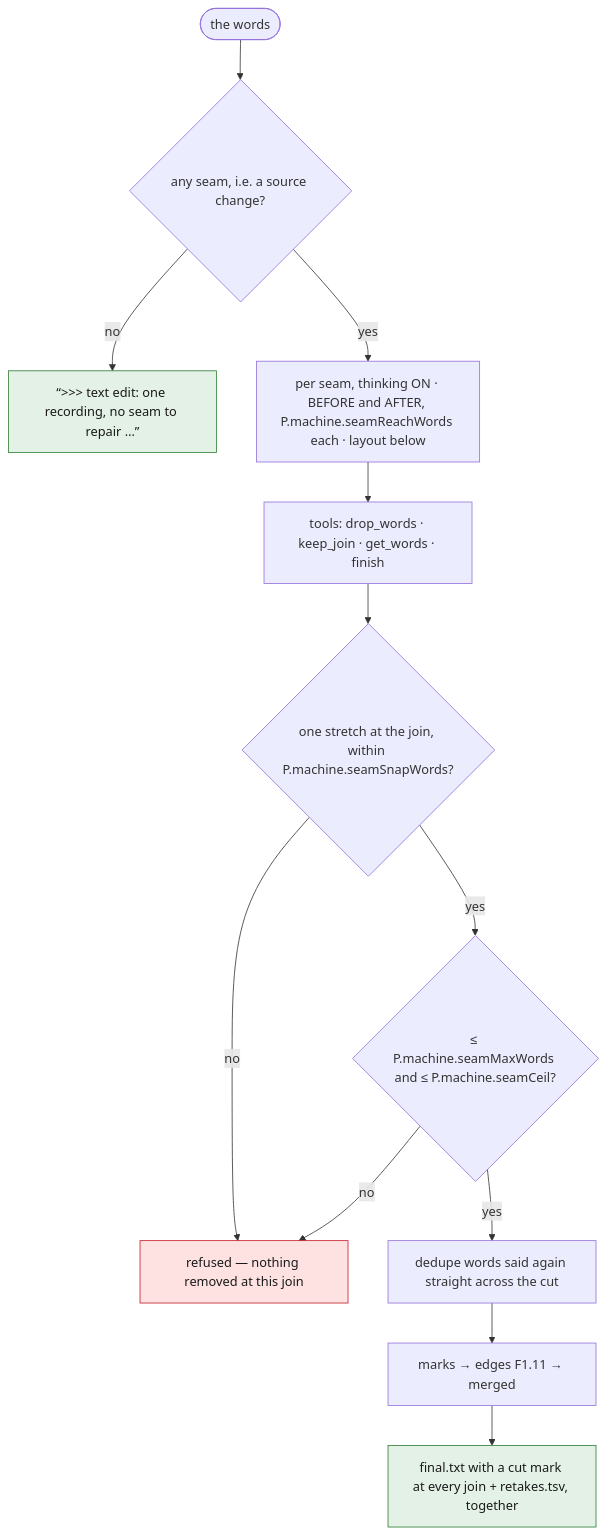
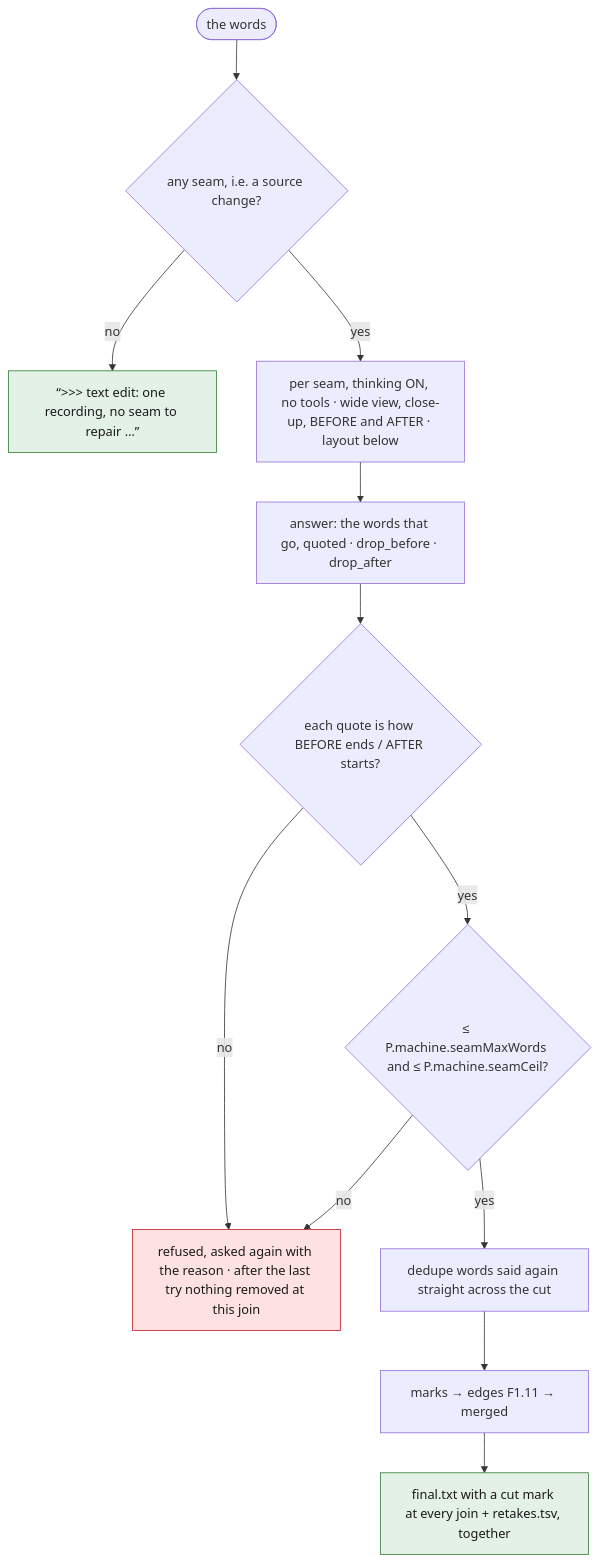
One commit to tbocek/naivepost changed the tenth of 12 diagrams in spec/04-prepare.md. Above: the diagram before and after it, drawn with Mermaid. The commit also changed other lines of this file and 537 other files, not shown here.

````diff
--- a/spec/04-prepare.md
+++ b/spec/04-prepare.md
@@ -290,17 +292,17 @@
 ```mermaid
 flowchart TD
   A(["the words"]) --> S{"any seam, i.e. a source change?"}
   S -- no --> ONE["“>>> text edit: one recording, no seam to repair …”"]:::done
-  S -- yes --> PER["per seam, thinking ON · BEFORE and AFTER, P.machine.seamReachWords each · layout below"]
-  PER --> T["tools: drop_words · keep_join · get_words · finish"]
-  T --> ST{"one stretch at the join, within P.machine.seamSnapWords?"}
-  ST -- no --> R1["refused — nothing removed at this join"]:::refuse
+  S -- yes --> PER["per seam, thinking ON, no tools · wide view, close-up, BEFORE and AFTER · layout below"]
+  PER --> T["answer: the words that go, quoted · drop_before · drop_after"]
+  T --> ST{"each quote is how BEFORE ends / AFTER starts?"}
+  ST -- no --> R1["refused, asked again with the reason · after the last try nothing removed at this join"]:::refuse
   ST -- yes --> MAX{"≤ P.machine.seamMaxWords and ≤ P.machine.seamCeil?"}
   MAX -- no --> R1
   MAX -- yes --> DD["dedupe words said again straight across the cut"]
   DD --> MK["marks → edges F1.11 → merged"]
   MK --> OUT["final.txt with a cut mark at every join + retakes.tsv, together"]:::done
   classDef refuse fill:#fde2e1,stroke:#c01c28,color:#1a1a1a
   classDef done fill:#e3f1e6,stroke:#2e7d32,color:#1a1a1a
   classDef ask fill:#e8eefc,stroke:#3a63c8,color:#1a1a1a
 ```
````
